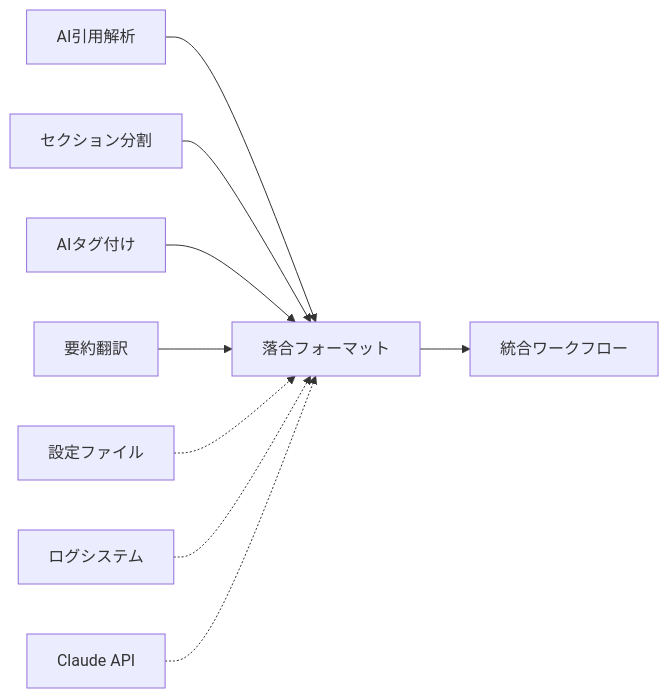
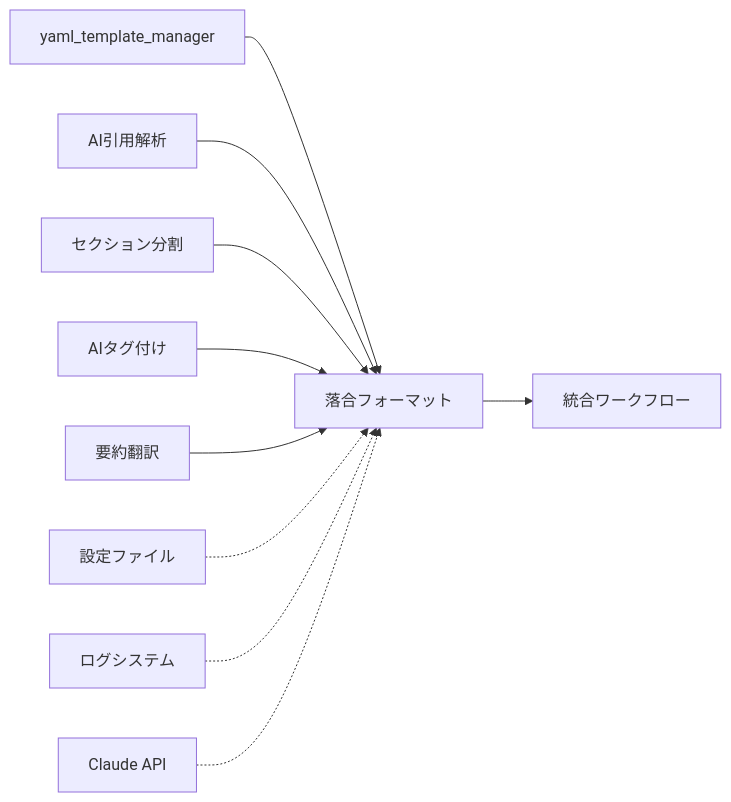
Before and after one commit to shuu5/ObsClippingsManager: the second of 2 diagrams in code/contexts/ochiai_format_specification.md, drawn with Mermaid. The commit also changed other lines of this file and 8 other files, not shown here.

````diff
--- a/code/contexts/ochiai_format_specification.md
+++ b/code/contexts/ochiai_format_specification.md
@@ -29,13 +33,14 @@
 ```mermaid
 graph LR
-    A["AI引用解析"] --> B["落合フォーマット"]
-    C["セクション分割"] --> B
-    D["AIタグ付け"] --> B
-    E["要約翻訳"] --> B
+    A["yaml_template_manager"] --> B["落合フォーマット"]
+    C["AI引用解析"] --> B
+    D["セクション分割"] --> B
+    E["AIタグ付け"] --> B
+    F["要約翻訳"] --> B
     
-    F["設定ファイル"] -.-> B
-    G["ログシステム"] -.-> B
-    H["Claude API"] -.-> B
+    G["設定ファイル"] -.-> B
+    H["ログシステム"] -.-> B
+    I["Claude API"] -.-> B
     
-    B --> I["統合ワークフロー"]
+    B --> J["統合ワークフロー"]
 ```
````
